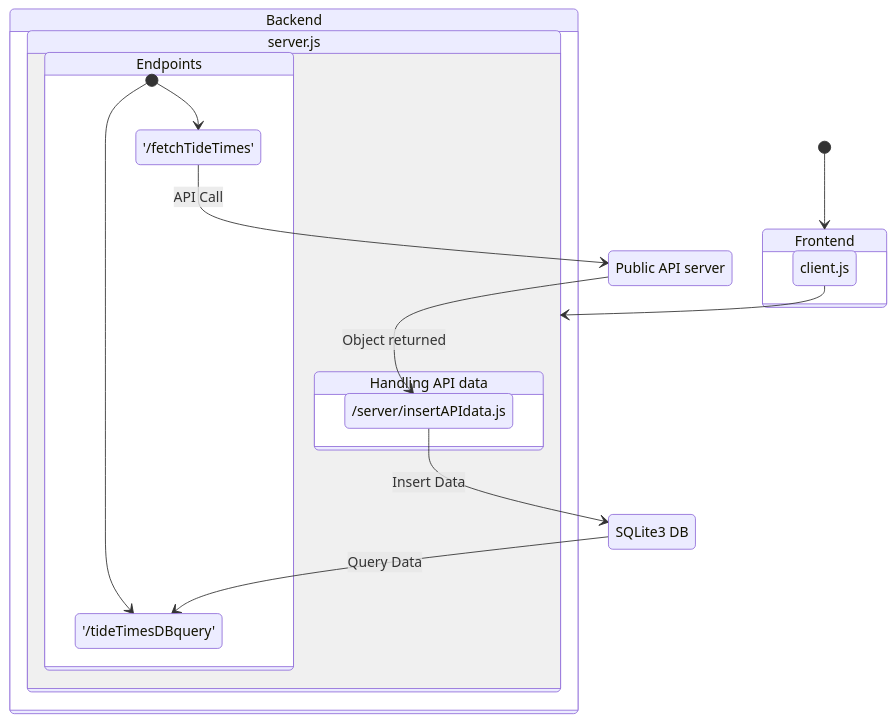
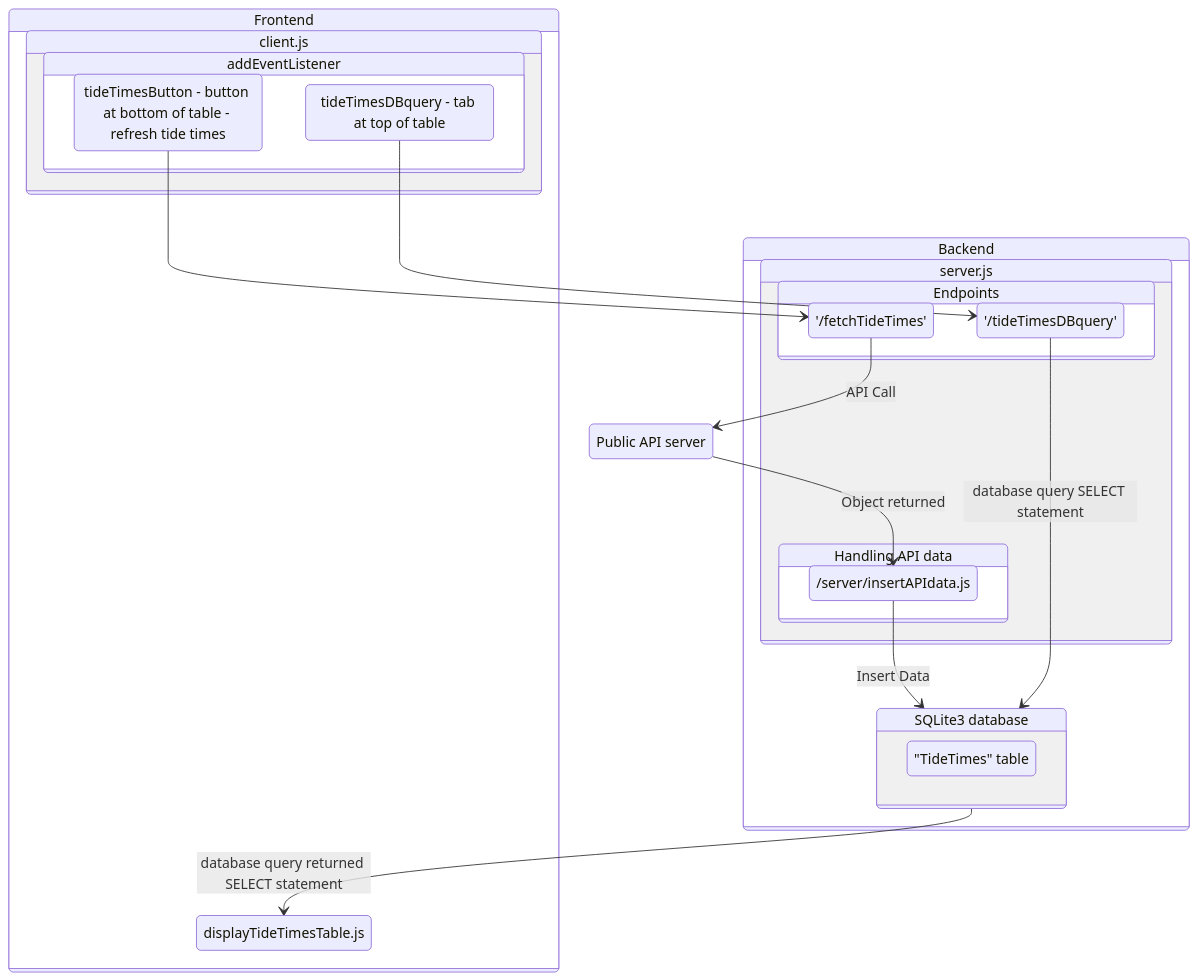
One commit to sifr01/glitch-dreams-simple-node-sqlite-00 changed the diagram in README.md. Above: the diagram before and after it, drawn with Mermaid. The commit also changed other lines of this file, not shown here.

Commit message:
add more detailed explanation of endpoints

````diff
--- a/README.md
+++ b/README.md
@@ -5,38 +5,54 @@
 ```mermaid
 stateDiagram-v2
-    [*] --> Frontend
-    client.js --> server.js
+    %%[*] --> Frontend
+    %%client.js --> Endpoints
 
     state Frontend {
-        client.js
+        state client.js {
+            state addEventListener {
+            eventListenerA
+            eventListenerB
+            }
+        }
+        displayTideTimesTable.js
+        
     }
     state Backend {
+        state SQLite_DB {
+            Table
+        }
         state server.js {
             state Handling_API_data {
                 /server/insertAPIdata.js
             }
             state Endpoints {
-                [*] --> '/fetchTideTimes'
-                [*] --> '/tideTimesDBquery'
+                '/fetchTideTimes'
+                '/tideTimesDBquery'
             }
         }
     }
-
+  
+    eventListenerA --> '/tideTimesDBquery'
+    eventListenerB --> '/fetchTideTimes'
     Public_API --> /server/insertAPIdata.js: Object returned
     /server/insertAPIdata.js --> SQLite_DB: Insert Data
     '/fetchTideTimes' --> Public_API: API Call
-    SQLite_DB --> '/tideTimesDBquery': Query Data
+    '/tideTimesDBquery' --> SQLite_DB: database query SELECT statement
+    SQLite_DB --> displayTideTimesTable.js: database query returned SELECT statement
 
     %% Aliases - allows for whitespace
     Handling_API_data: Handling API data
-    SQLite_DB: SQLite3 DB
+    SQLite_DB: SQLite3 database
     Public_API: Public API server
+    Table: "TideTimes" table
+    eventListenerA: tideTimesDBquery - tab at top of table
+    eventListenerB: tideTimesButton - button at bottom of table - refresh tide times
 
     %% Define styles
-    classDef frontendStyle fill:#f9f,stroke:#333,stroke-width:2px;
-    classDef backendStyle fill:#bbf,stroke:#333,stroke-width:2px;
+    %%classDef frontendStyle fill:#f9f,stroke:#333,stroke-width:2px;
+    %%classDef backendStyle fill:#bbf,stroke:#333,stroke-width:2px;
 
     %% Apply styles to states
-    class Frontend frontendStyle;
-    class Backend backendStyle;
+    %%class Frontend frontendStyle;
+    %%class Backend backendStyle;
 ```
````
